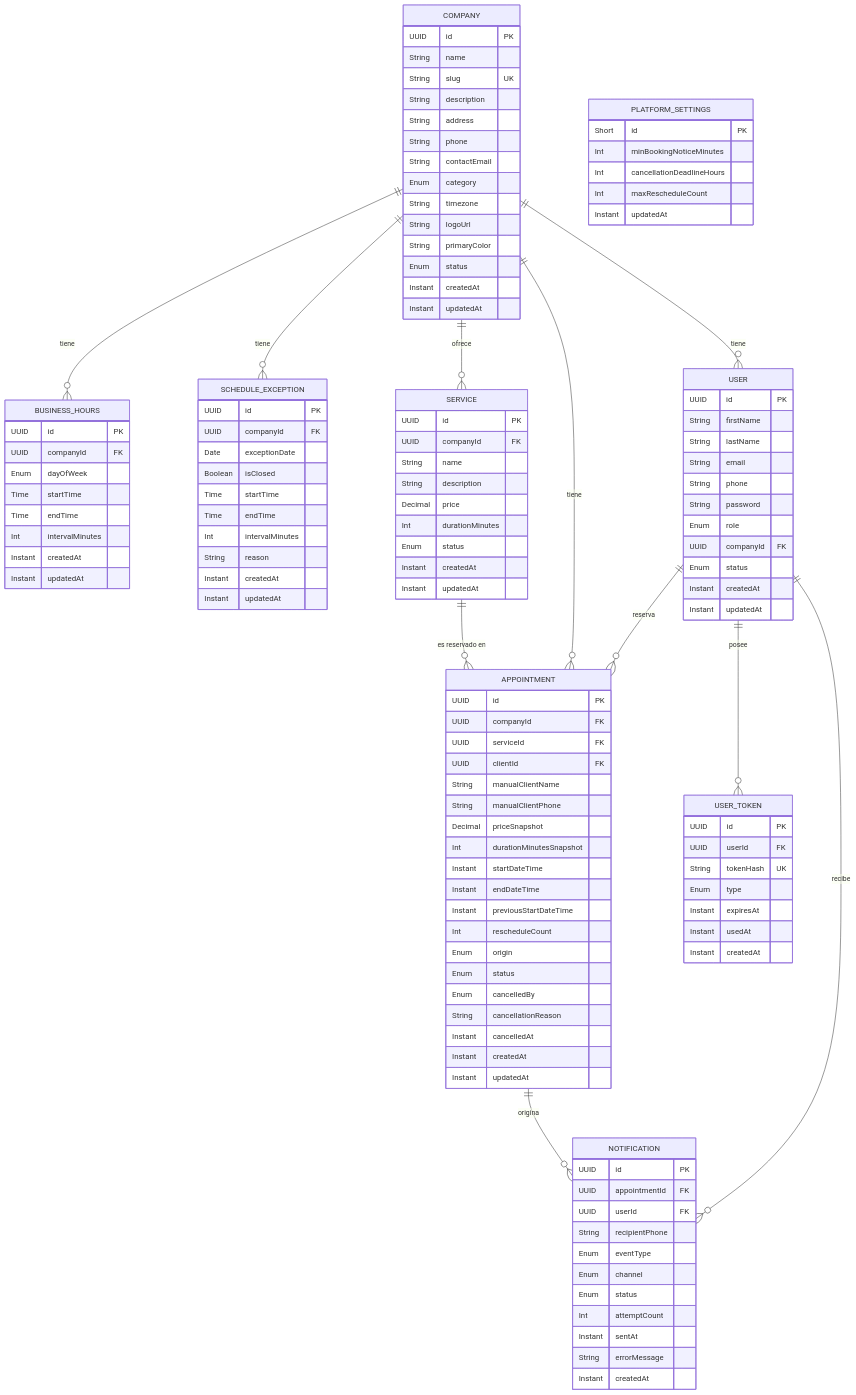
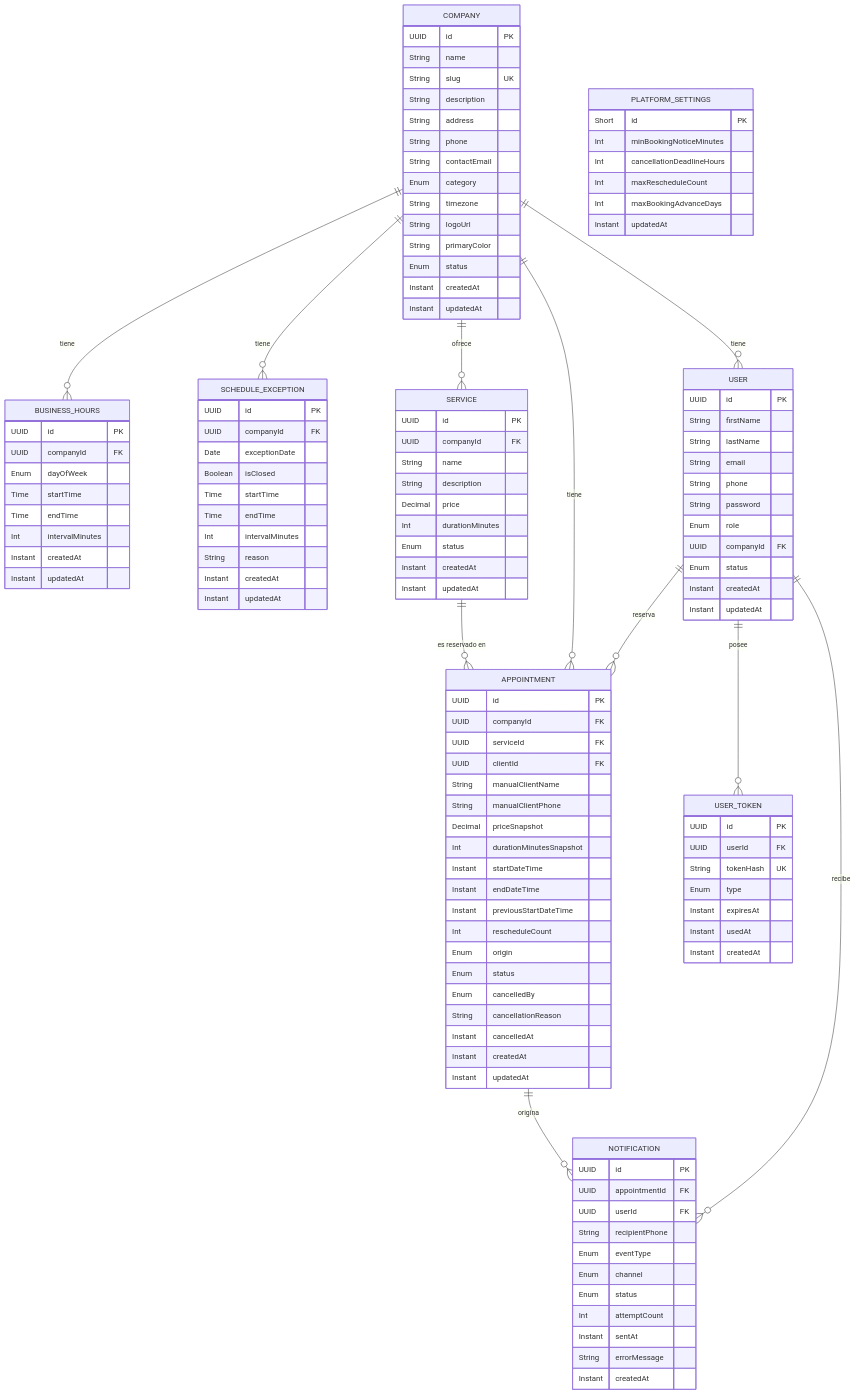
The diagram in docs/tecnologias/diccionario-datos.md (TUP-TFI/gestion-de-turnos), drawn with Mermaid before and after one commit. The commit also changed other lines of this file and 5 other files, not shown here.

Commit message:
docs: add max booking advance param and exception date validation

```diff
--- a/docs/tecnologias/diccionario-datos.md
+++ b/docs/tecnologias/diccionario-datos.md
@@ -298,6 +301,7 @@
         Int minBookingNoticeMinutes
         Int cancellationDeadlineHours
         Int maxRescheduleCount
+        Int maxBookingAdvanceDays
         Instant updatedAt
     }
 
```
